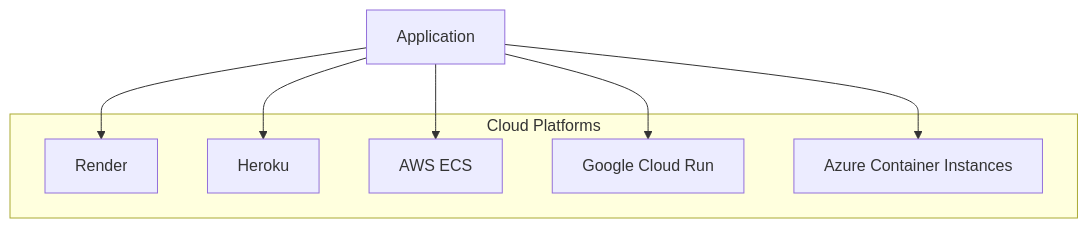
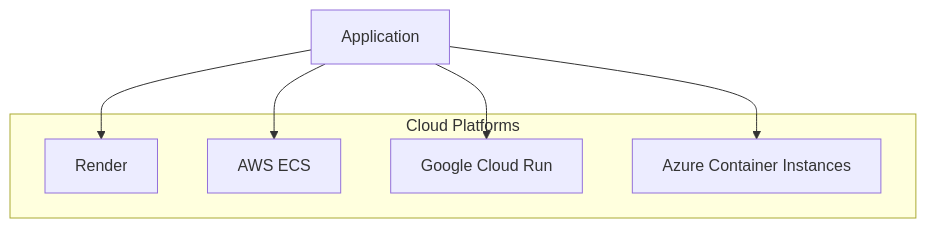
One commit to dipakwanere/fake-news-detection changed the seventh of 7 diagrams in how_to_readme.md. Above: the diagram before and after it, drawn with Mermaid. The commit also changed other lines of this file, not shown here.

````diff
--- a/how_to_readme.md
+++ b/how_to_readme.md
@@ -551,16 +562,14 @@
 ```mermaid
 graph TB
     A[Application] --> B[Render]
-    A --> C[Heroku]
-    A --> D[AWS ECS]
-    A --> E[Google Cloud Run]
-    A --> F[Azure Container Instances]
+    A --> C[AWS ECS]
+    A --> D[Google Cloud Run]
+    A --> E[Azure Container Instances]
     
     subgraph "Cloud Platforms"
         B
         C
         D
         E
-        F
     end
 ```
````
